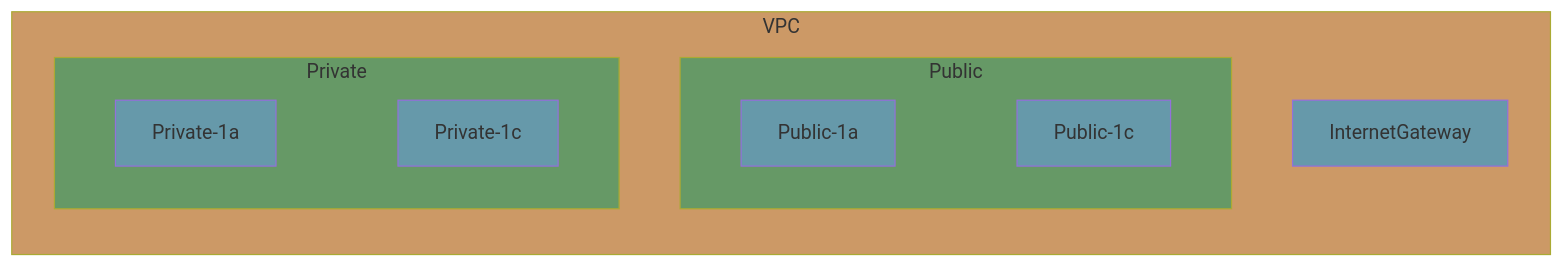
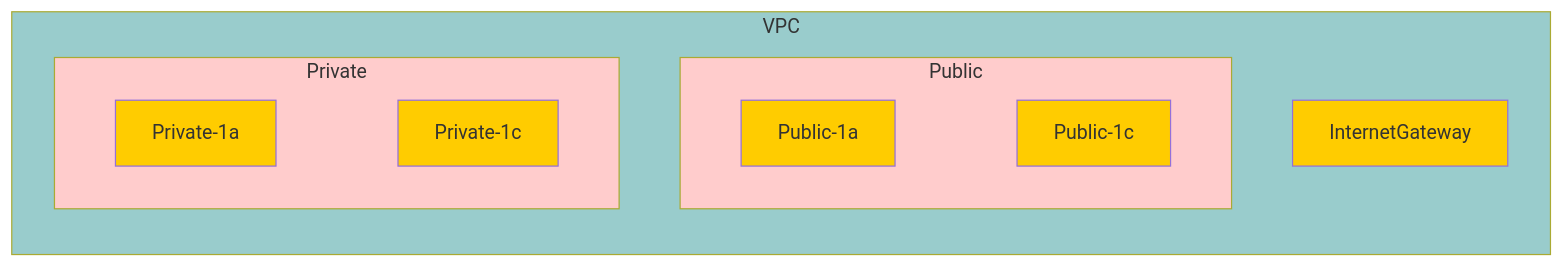
One commit to inamuu/Terraform-modules changed the diagram in simple_network/README.md. Above: the diagram before and after it, drawn with Mermaid.

Commit message:
change color

````diff
--- a/simple_network/README.md
+++ b/simple_network/README.md
@@ -4,23 +4,23 @@
 ```mermaid
 graph RL
     subgraph VPC
         InternetGateway
          subgraph Public
              Public-1a --- Public-1c
          end
          subgraph Private
              Private-1a --- Private-1c
          end
     end
 
-style VPC fill:#c96
-style Public fill:#696
-style Private fill:#696
-style Public-1a fill:#69a
-style Public-1c fill:#69a
-style Private-1a fill:#69a
-style Private-1c fill:#69a
-style InternetGateway fill:#69a
+style VPC fill:#9cc
+style Public fill:#fcc
+style Private fill:#fcc
+style Public-1a fill:#fc0
+style Public-1c fill:#fc0
+style Private-1a fill:#fc0
+style Private-1c fill:#fc0
+style InternetGateway fill:#fc0
 linkStyle 0 stroke:#fff,stroke-width:0px
 linkStyle 1 stroke:#fff,stroke-width:0px
 ```
````
